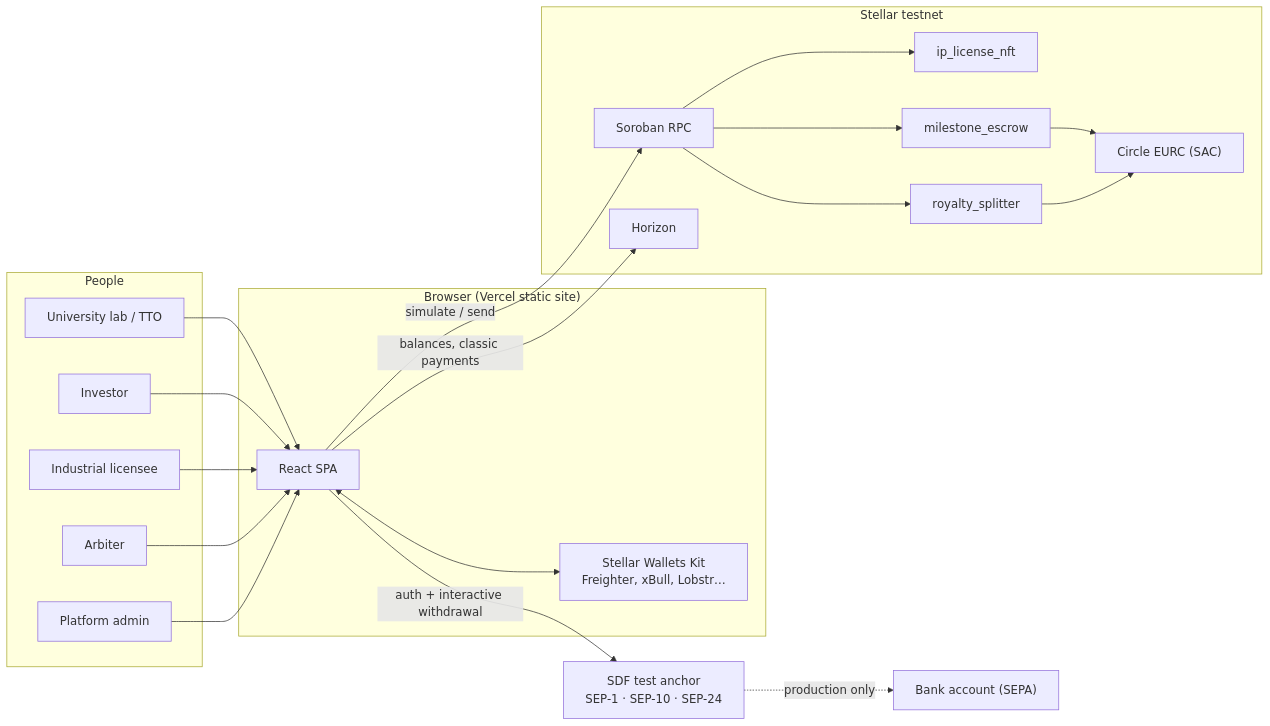
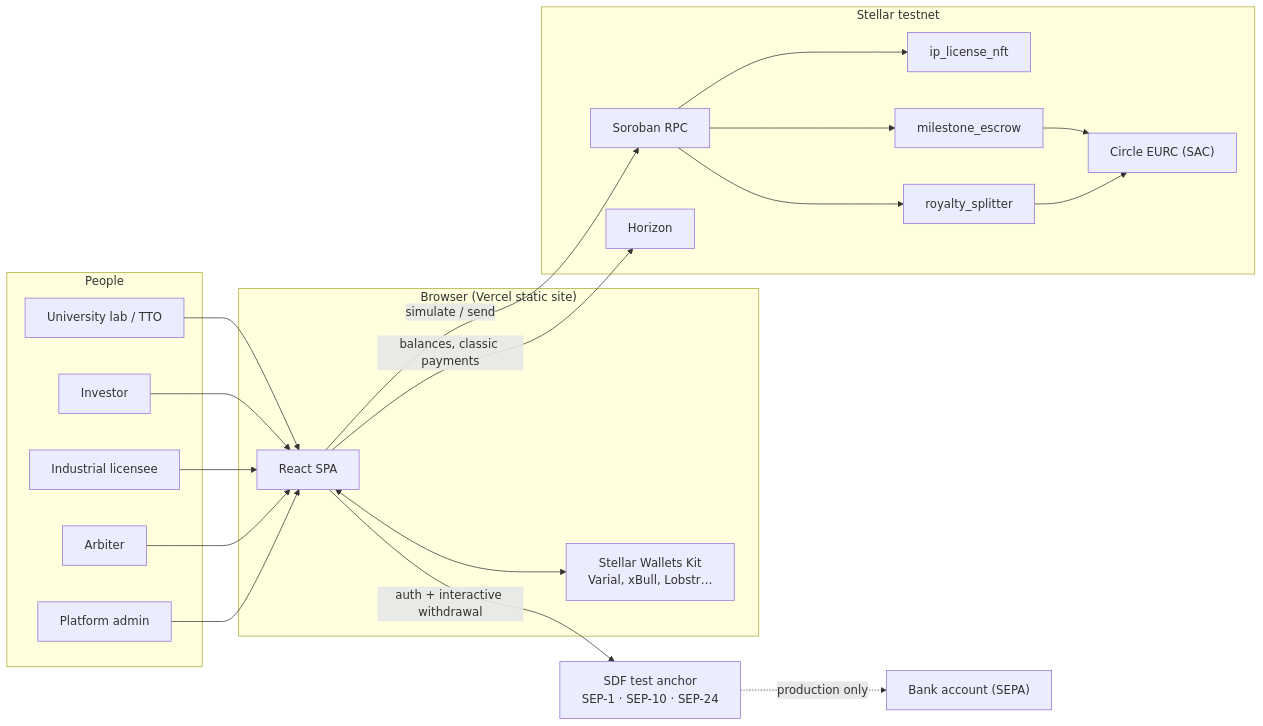
The first of 8 diagrams in OVERVIEW.md (Team-hackmeridian-2026/Hackmeridian2026), drawn with Mermaid before and after one commit. The commit also changed other lines of this file and 9 other files, not shown here.

Commit message:
Call the wallet Varial, its name since Freighter's rebrand

````diff
--- a/OVERVIEW.md
+++ b/OVERVIEW.md
@@ -64,36 +64,36 @@
 ```mermaid
 flowchart LR
     subgraph People
         LAB["University lab / TTO"]
         INV["Investor"]
         LIC["Industrial licensee"]
         ARB["Arbiter"]
         ADM["Platform admin"]
     end
 
     subgraph Browser["Browser (Vercel static site)"]
         UI["React SPA"]
-        SWK["Stellar Wallets Kit<br/>Freighter, xBull, Lobstr…"]
+        SWK["Stellar Wallets Kit<br/>Varial, xBull, Lobstr…"]
     end
 
     subgraph Stellar["Stellar testnet"]
         RPC["Soroban RPC"]
         HZN["Horizon"]
         NFT["ip_license_nft"]
         ESC["milestone_escrow"]
         SPL["royalty_splitter"]
         EURC["Circle EURC (SAC)"]
     end
 
     ANCHOR["SDF test anchor<br/>SEP-1 · SEP-10 · SEP-24"]
     BANK["Bank account (SEPA)"]
 
     LAB & INV & LIC & ARB & ADM --> UI
     UI <--> SWK
     UI -- "simulate / send" --> RPC
     UI -- "balances, classic payments" --> HZN
     RPC --> NFT & ESC & SPL
     ESC & SPL --> EURC
     UI -- "auth + interactive withdrawal" --> ANCHOR
     ANCHOR -. "production only" .-> BANK
 ```
````
